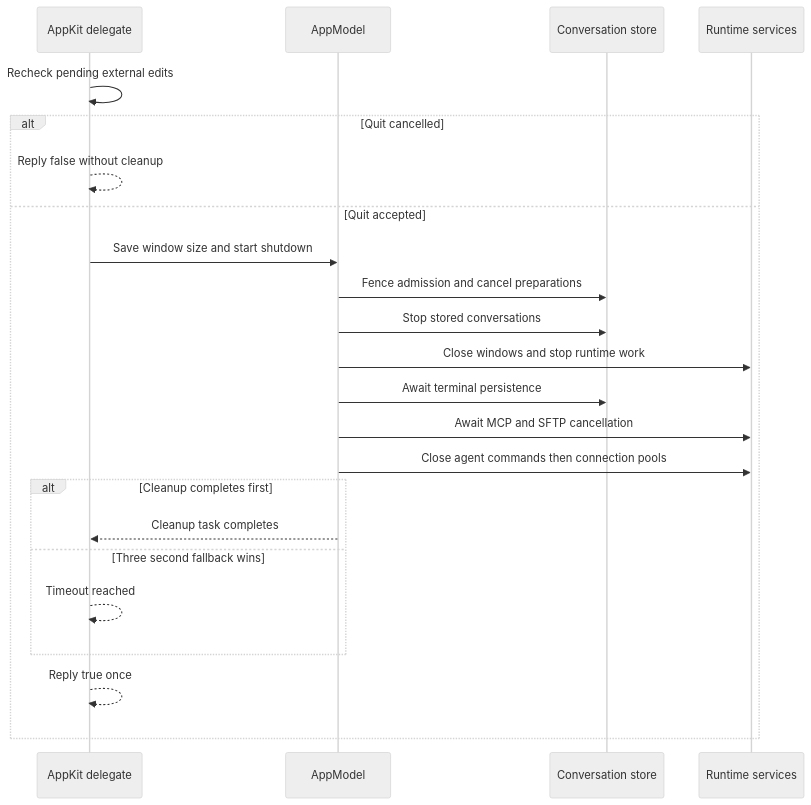
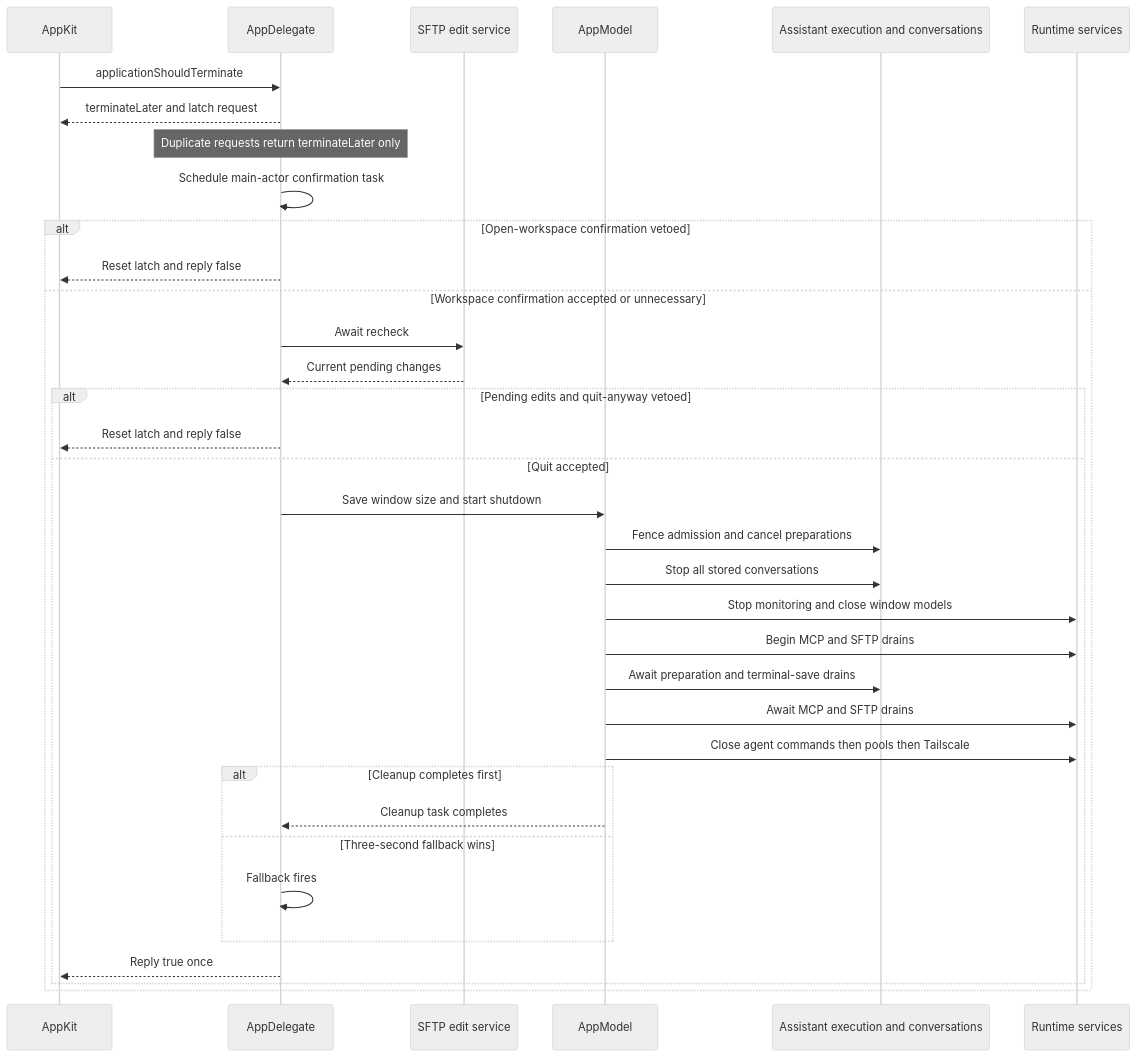
The third of 6 diagrams in openwiki/architecture/platform-runtime.md (AkinoKaede/Termind), drawn with Mermaid (neutral theme) before and after one commit. The commit also changed other lines of this file and 47 other files, not shown here.

````diff
--- a/openwiki/architecture/platform-runtime.md
+++ b/openwiki/architecture/platform-runtime.md
@@ -234,25 +248,37 @@
 ```mermaid
 sequenceDiagram
-    participant Delegate as AppKit delegate
+    participant Native as AppKit
+    participant Delegate as AppDelegate
+    participant Edits as SFTP edit service
     participant Model as AppModel
-    participant Assistant as Conversation store
+    participant Assistant as Assistant execution and conversations
     participant Services as Runtime services
-    Delegate->>Delegate: Recheck pending external edits
-    alt Quit cancelled
-        Delegate-->>Delegate: Reply false without cleanup
-    else Quit accepted
-        Delegate->>Model: Save window size and start shutdown
-        Model->>Assistant: Fence admission and cancel preparations
-        Model->>Assistant: Stop stored conversations
-        Model->>Services: Close windows and stop runtime work
-        Model->>Assistant: Await terminal persistence
-        Model->>Services: Await MCP and SFTP cancellation
-        Model->>Services: Close agent commands then connection pools
-        alt Cleanup completes first
-            Model-->>Delegate: Cleanup task completes
-        else Three second fallback wins
-            Delegate-->>Delegate: Timeout reached
+    Native->>Delegate: applicationShouldTerminate
+    Delegate-->>Native: terminateLater and latch request
+    Note over Delegate: Duplicate requests return terminateLater only
+    Delegate->>Delegate: Schedule main-actor confirmation task
+    alt Open-workspace confirmation vetoed
+        Delegate-->>Native: Reset latch and reply false
+    else Workspace confirmation accepted or unnecessary
+        Delegate->>Edits: Await recheck
+        Edits-->>Delegate: Current pending changes
+        alt Pending edits and quit-anyway vetoed
+            Delegate-->>Native: Reset latch and reply false
+        else Quit accepted
+            Delegate->>Model: Save window size and start shutdown
+            Model->>Assistant: Fence admission and cancel preparations
+            Model->>Assistant: Stop all stored conversations
+            Model->>Services: Stop monitoring and close window models
+            Model->>Services: Begin MCP and SFTP drains
+            Model->>Assistant: Await preparation and terminal-save drains
+            Model->>Services: Await MCP and SFTP drains
+            Model->>Services: Close agent commands then pools then Tailscale
+            alt Cleanup completes first
+                Model-->>Delegate: Cleanup task completes
+            else Three-second fallback wins
+                Delegate->>Delegate: Fallback fires
+            end
+            Delegate-->>Native: Reply true once
         end
-        Delegate-->>Delegate: Reply true once
     end
 ```
````
